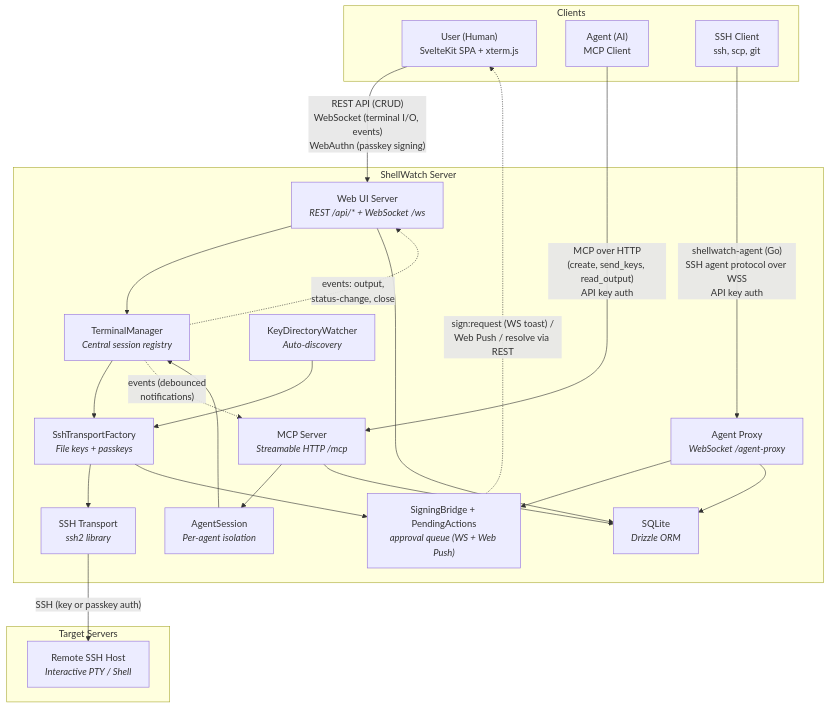
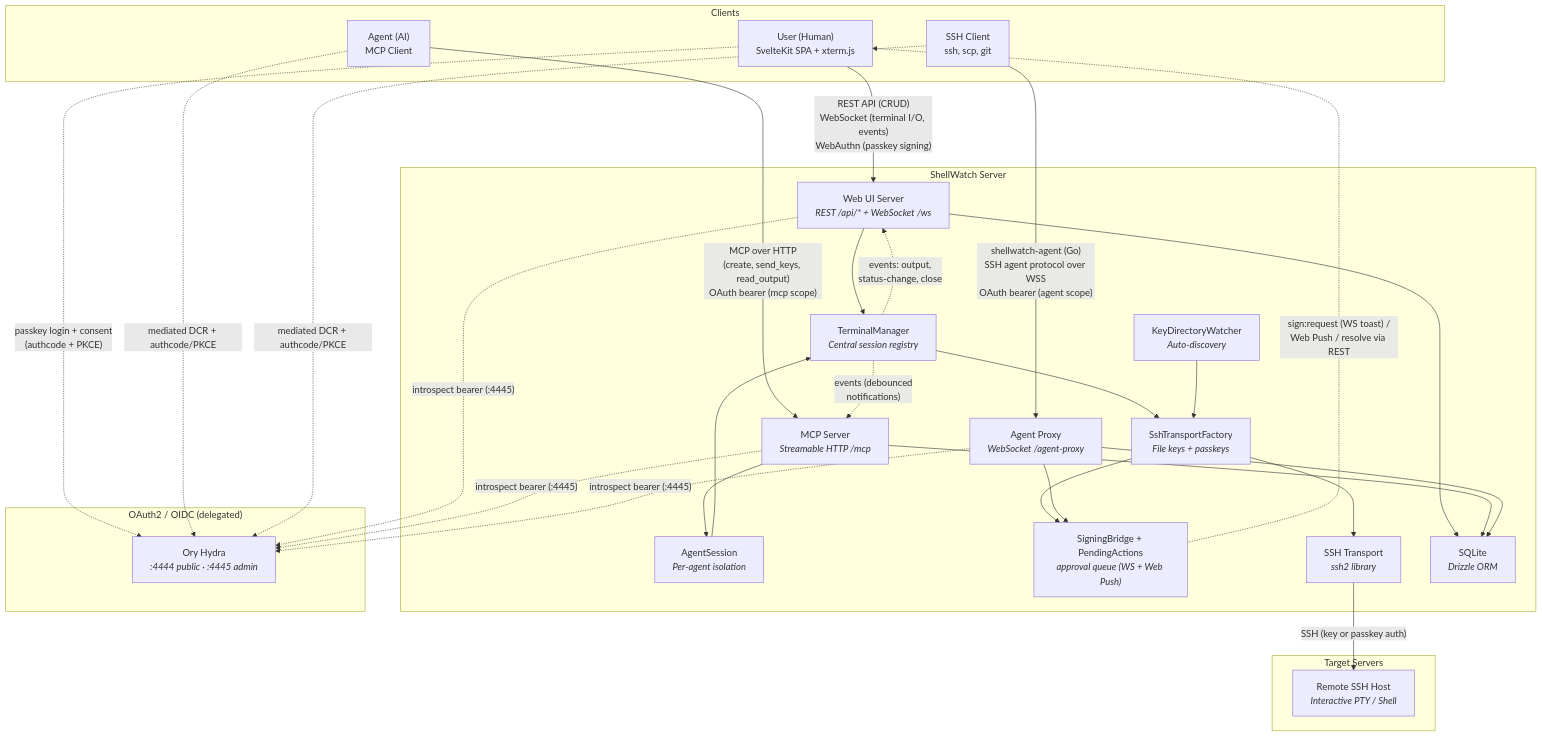
One commit to rado0x54/ShellWatch changed the first of 3 diagrams in docs/architecture-diagram.md. Above: the diagram before and after it, drawn with Mermaid. The commit also changed other lines of this file and 130 other files, not shown here.

First line of the commit message:
feat: replace OAuth shim + API keys with Ory Hydra (#217) (#218)

````diff
--- a/docs/architecture-diagram.md
+++ b/docs/architecture-diagram.md
@@ -5,46 +5,56 @@
 ```mermaid
 graph TB
     subgraph Clients
         User["User (Human)<br/>SvelteKit SPA + xterm.js"]
         Agent["Agent (AI)<br/>MCP Client"]
         SSHCli["SSH Client<br/>ssh, scp, git"]
     end
 
     subgraph ShellWatch["ShellWatch Server"]
         WebUI["Web UI Server<br/><i>REST /api/* + WebSocket /ws</i>"]
         MCP["MCP Server<br/><i>Streamable HTTP /mcp</i>"]
         AgentProxy["Agent Proxy<br/><i>WebSocket /agent-proxy</i>"]
         AS["AgentSession<br/><i>Per-agent isolation</i>"]
         TM["TerminalManager<br/><i>Central session registry</i>"]
         SB["SigningBridge + PendingActions<br/><i>approval queue (WS + Web Push)</i>"]
         STF["SshTransportFactory<br/><i>File keys + passkeys</i>"]
         SSH["SSH Transport<br/><i>ssh2 library</i>"]
         KDW["KeyDirectoryWatcher<br/><i>Auto-discovery</i>"]
         DB["SQLite<br/><i>Drizzle ORM</i>"]
 
         MCP --> AS
         AS --> TM
         WebUI --> TM
         TM --> STF
         STF --> SSH
         STF --> SB
         AgentProxy --> SB
         KDW --> STF
         WebUI --> DB
         MCP --> DB
         AgentProxy --> DB
     end
 
     subgraph Targets["Target Servers"]
         Remote["Remote SSH Host<br/><i>Interactive PTY / Shell</i>"]
     end
 
     User -- "REST API (CRUD)<br/>WebSocket (terminal I/O, events)<br/>WebAuthn (passkey signing)" --> WebUI
-    Agent -- "MCP over HTTP<br/>(create, send_keys, read_output)<br/>API key auth" --> MCP
-    SSHCli -- "shellwatch-agent (Go)<br/>SSH agent protocol over WSS<br/>API key auth" --> AgentProxy
+    Agent -- "MCP over HTTP<br/>(create, send_keys, read_output)<br/>OAuth bearer (mcp scope)" --> MCP
+    SSHCli -- "shellwatch-agent (Go)<br/>SSH agent protocol over WSS<br/>OAuth bearer (agent scope)" --> AgentProxy
     SSH -- "SSH (key or passkey auth)" --> Remote
 
     SB -. "sign:request (WS toast) /<br/>Web Push / resolve via REST" .-> User
     TM -. "events: output,<br/>status-change, close" .-> WebUI
     TM -. "events (debounced<br/>notifications)" .-> MCP
+
+    subgraph Auth["OAuth2 / OIDC (delegated)"]
+        Hydra["Ory Hydra<br/><i>:4444 public · :4445 admin</i>"]
+    end
+    User -. "passkey login + consent<br/>(authcode + PKCE)" .-> Hydra
+    Agent -. "mediated DCR + authcode/PKCE" .-> Hydra
+    SSHCli -. "mediated DCR + authcode/PKCE" .-> Hydra
+    WebUI -. "introspect bearer (:4445)" .-> Hydra
+    MCP -. "introspect bearer (:4445)" .-> Hydra
+    AgentProxy -. "introspect bearer (:4445)" .-> Hydra
 ```
````
